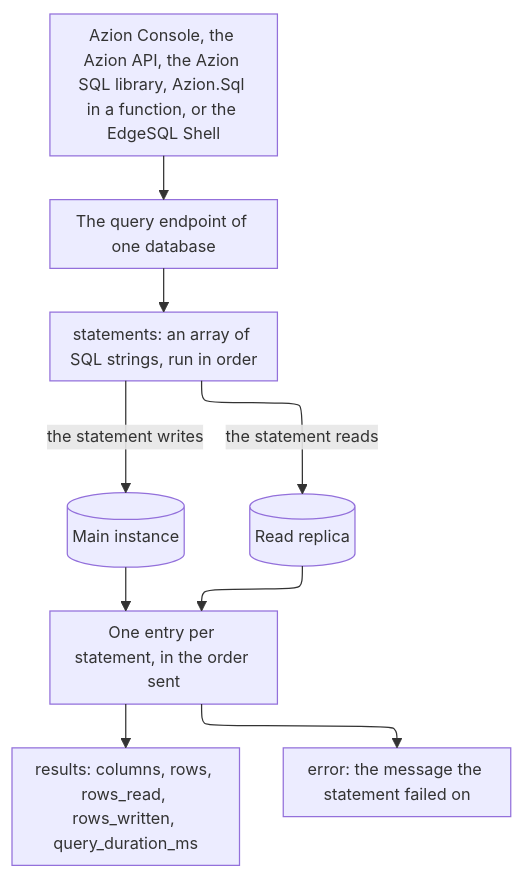
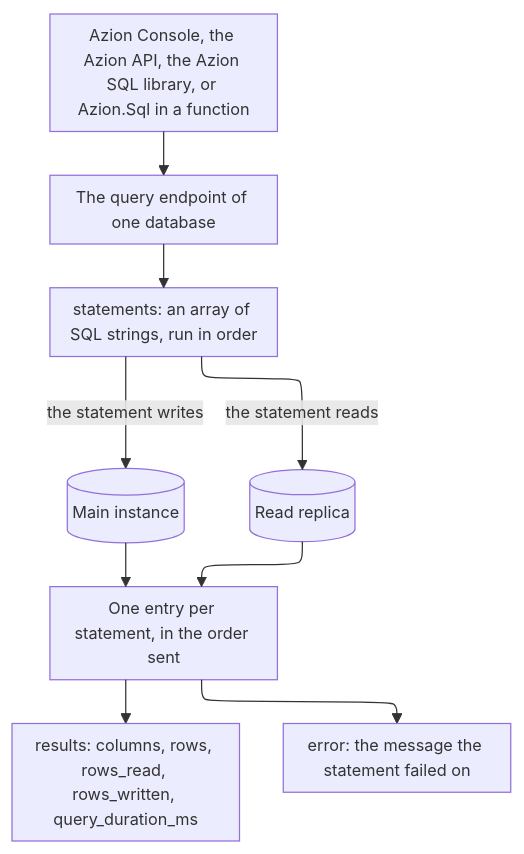
The diagram in apps/docs/src/content/docs/en/pages/main-menu/reference/store/edge-sql/edge-sql.mdx (aziontech/docs), drawn with Mermaid before and after one commit. The commit also changed other lines of this file and 37 other files, not shown here.

Commit message:
docs(sql): retire the EdgeSQL Shell pages and every mention of the tool (#2671)

````diff
--- a/apps/docs/src/content/docs/en/pages/main-menu/reference/store/edge-sql/edge-sql.mdx
+++ b/apps/docs/src/content/docs/en/pages/main-menu/reference/store/edge-sql/edge-sql.mdx
@@ -71,12 +71,12 @@
 ```mermaid
 %%{init: {"layout": "elk", "themeVariables": {"fontSize": "13px"}, "flowchart": {"nodeSpacing": 24, "rankSpacing": 36, "padding": 8, "wrappingWidth": 150, "useMaxWidth": true}, "sequence": {"width": 120, "actorMargin": 30, "useMaxWidth": true}}}%%
 flowchart TD
-  Caller["Azion Console, the Azion API, the Azion SQL library, Azion.Sql in a function, or the EdgeSQL Shell"] --> Endpoint["The query endpoint of one database"]
+  Caller["Azion Console, the Azion API, the Azion SQL library, or Azion.Sql in a function"] --> Endpoint["The query endpoint of one database"]
   Endpoint --> Statements["statements: an array of SQL strings, run in order"]
   Statements -->|"the statement writes"| Main[("Main instance")]
   Statements -->|"the statement reads"| Replica[("Read replica")]
   Main --> Entry["One entry per statement, in the order sent"]
   Replica --> Entry
   Entry --> Results["results: columns, rows, rows_read, rows_written, query_duration_ms"]
   Entry --> Error["error: the message the statement failed on"]
 ```
````
